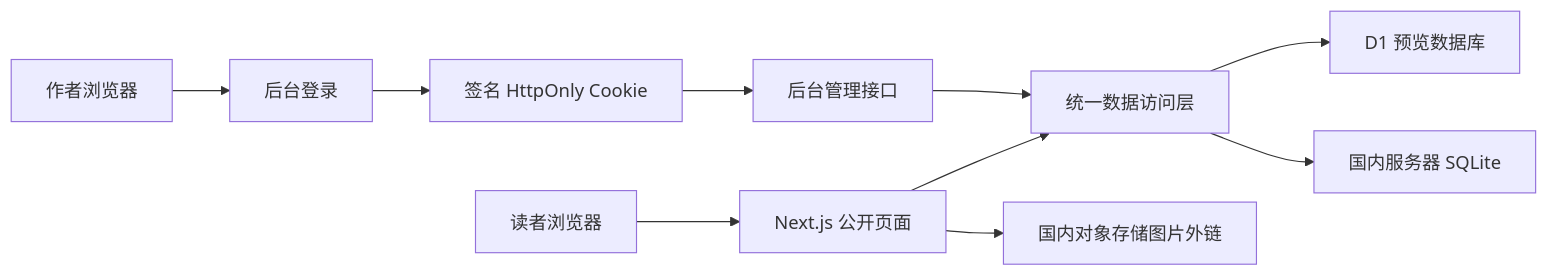
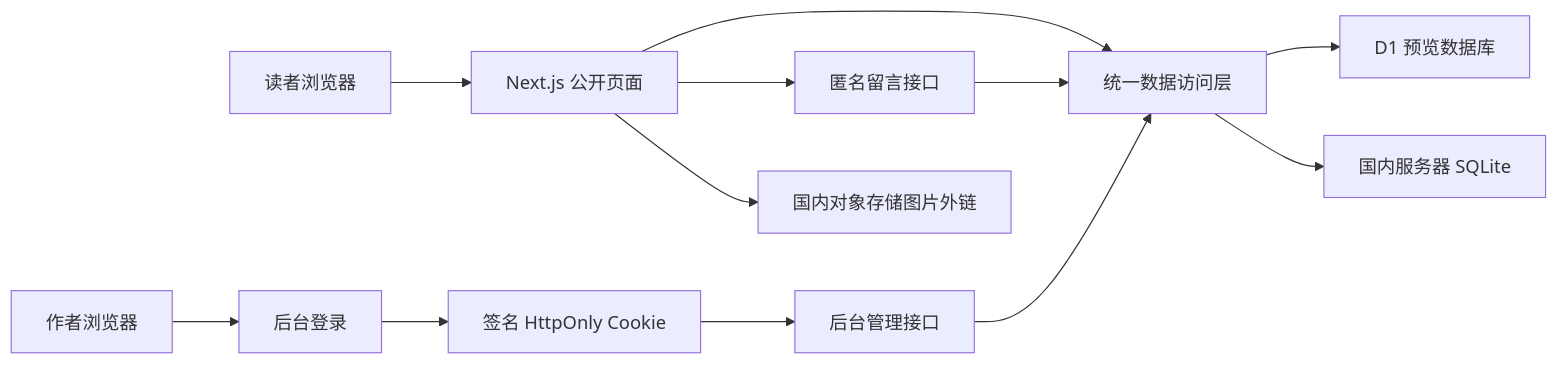
One commit to iyou00/linefold-blog changed the diagram in docs/ARCHITECTURE.md. Above: the diagram before and after it, drawn with Mermaid. The commit also changed other lines of this file and 59 other files, not shown here.

````diff
--- a/docs/ARCHITECTURE.md
+++ b/docs/ARCHITECTURE.md
@@ -3,12 +3,14 @@
 ```mermaid
 flowchart LR
   Reader[读者浏览器] --> Public[Next.js 公开页面]
   Admin[作者浏览器] --> Login[后台登录]
   Login --> Session[签名 HttpOnly Cookie]
   Session --> API[后台管理接口]
   Public --> Repository[统一数据访问层]
+  Public --> CommentAPI[匿名留言接口]
+  CommentAPI --> Repository
   API --> Repository
   Repository --> D1[D1 预览数据库]
   Repository --> SQLite[国内服务器 SQLite]
   Public --> Image[国内对象存储图片外链]
 ```
````
